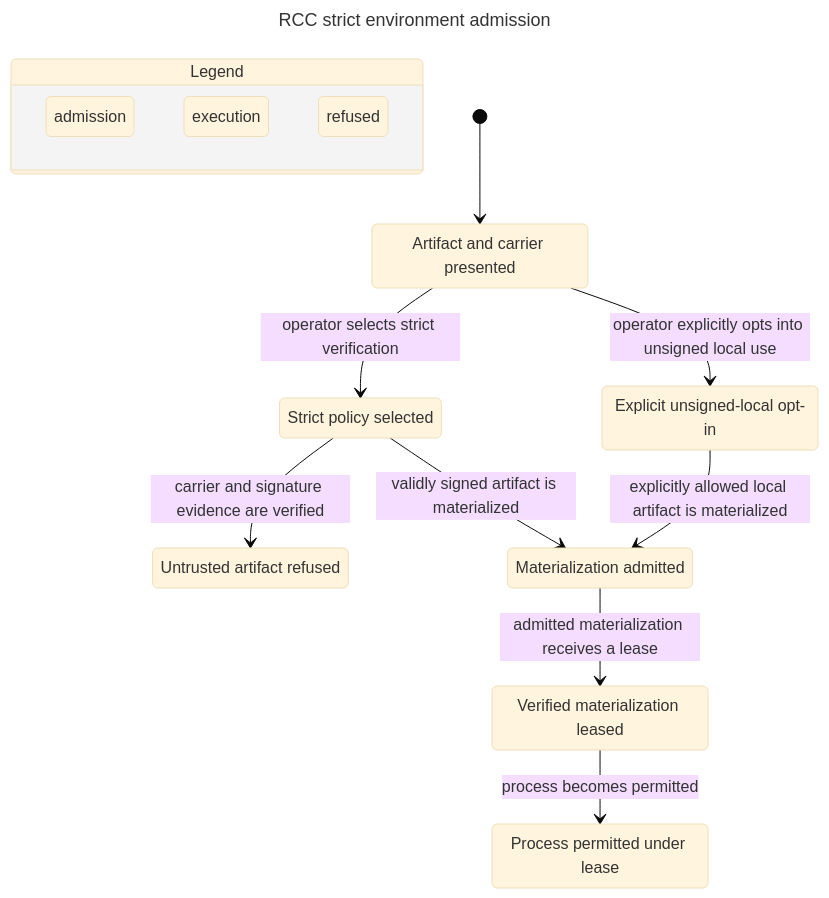
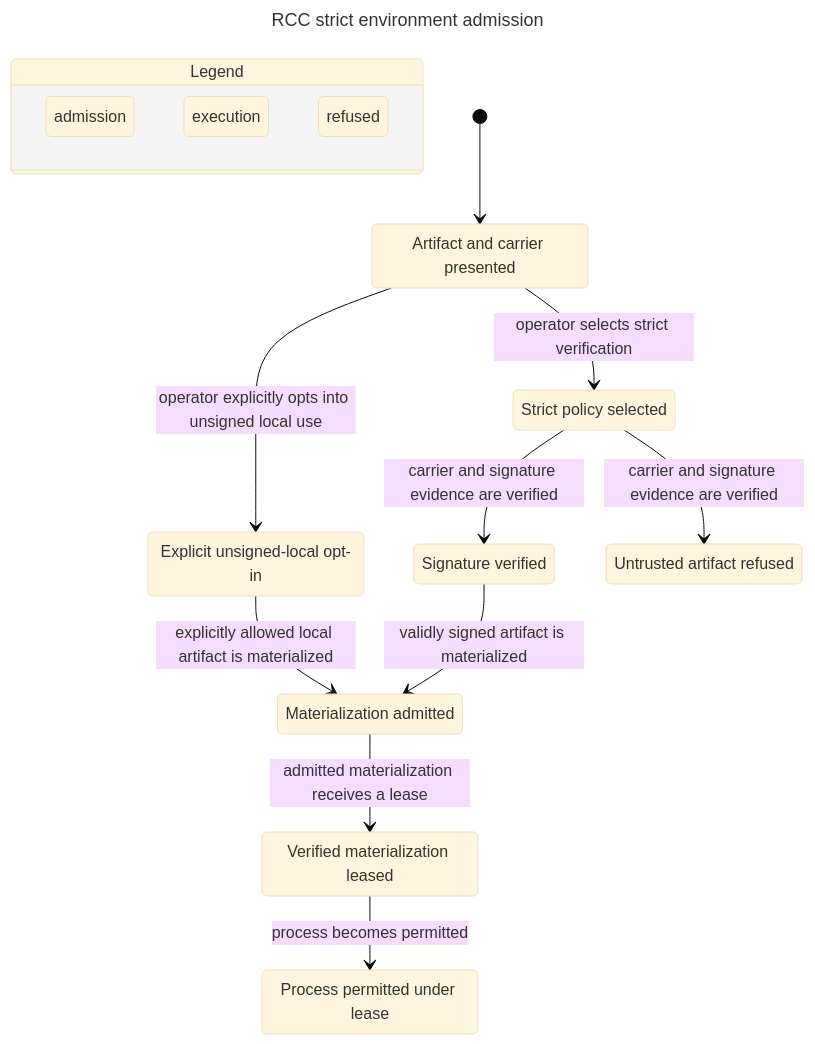
One commit to joshyorko/rcc changed the diagram in docs/formal/execution-lifecycle/evidence/fixed-chart.mmd. Above: the diagram before and after it, drawn with Mermaid (base theme). The commit also changed 12 other files, not shown here.

```diff
--- a/docs/formal/execution-lifecycle/evidence/fixed-chart.mmd
+++ b/docs/formal/execution-lifecycle/evidence/fixed-chart.mmd
@@ -1,34 +1,37 @@
 ---
 title: "RCC strict environment admission"
 ---
 stateDiagram-v2
   state "Legend" as legend {
     lg0: admission
     lg1: execution
     lg2: refused
   }
   class lg0 blue
   class lg1 teal
   class lg2 pink
   s0: Artifact and carrier presented
   s1: Strict policy selected
   s2: Explicit unsigned-local opt-in
-  s3: Untrusted artifact refused
-  s4: Materialization admitted
-  s5: Verified materialization leased
-  s6: Process permitted under lease
+  s3: Signature verified
+  s4: Untrusted artifact refused
+  s5: Materialization admitted
+  s6: Verified materialization leased
+  s7: Process permitted under lease
   [*] --> s0
   s0 --> s1: operator selects strict verification
   s0 --> s2: operator explicitly opts into unsigned local use
+  s1 --> s4: carrier and signature evidence are verified
   s1 --> s3: carrier and signature evidence are verified
-  s2 --> s4: explicitly allowed local artifact is materialized
-  s1 --> s4: validly signed artifact is materialized
-  s4 --> s5: admitted materialization receives a lease
-  s5 --> s6: process becomes permitted
+  s2 --> s5: explicitly allowed local artifact is materialized
+  s3 --> s5: validly signed artifact is materialized
+  s5 --> s6: admitted materialization receives a lease
+  s6 --> s7: process becomes permitted
   class s0 blue
   class s1 blue
   class s2 blue
-  class s3 pink
-  class s4 blue
+  class s3 blue
+  class s4 pink
   class s5 blue
-  class s6 teal
+  class s6 blue
+  class s7 teal
```
